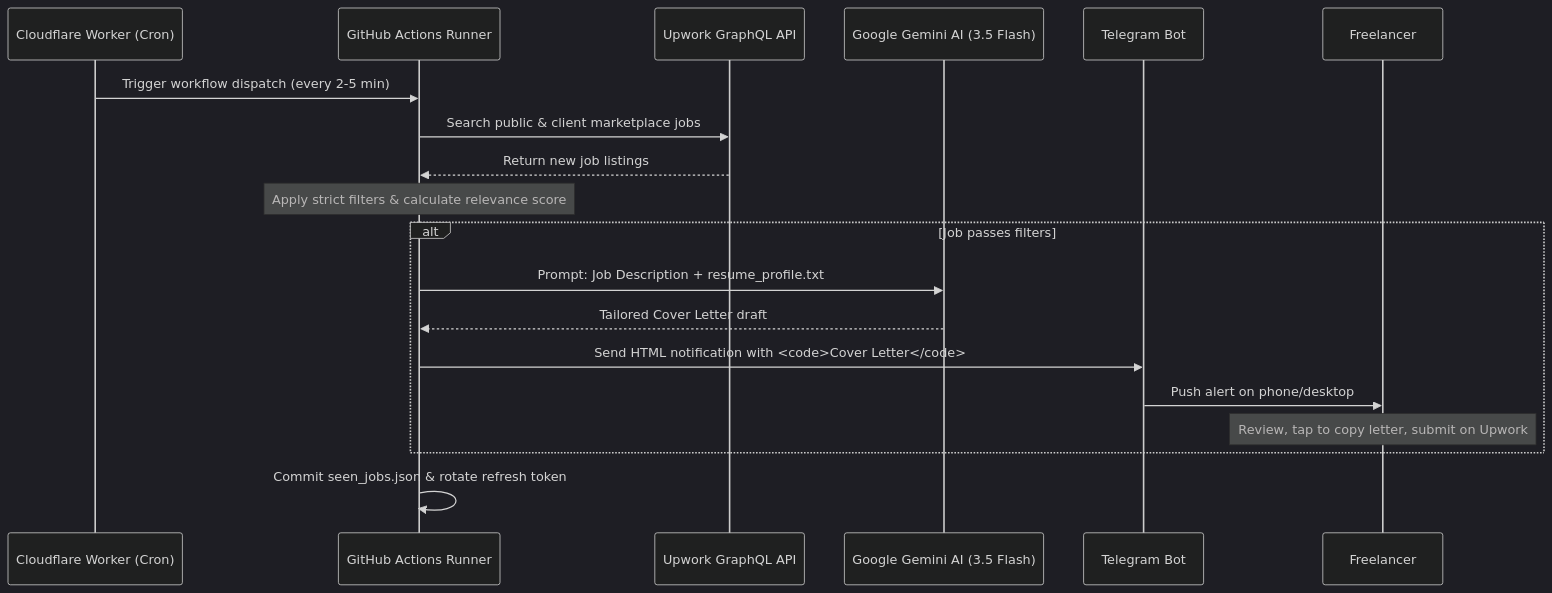
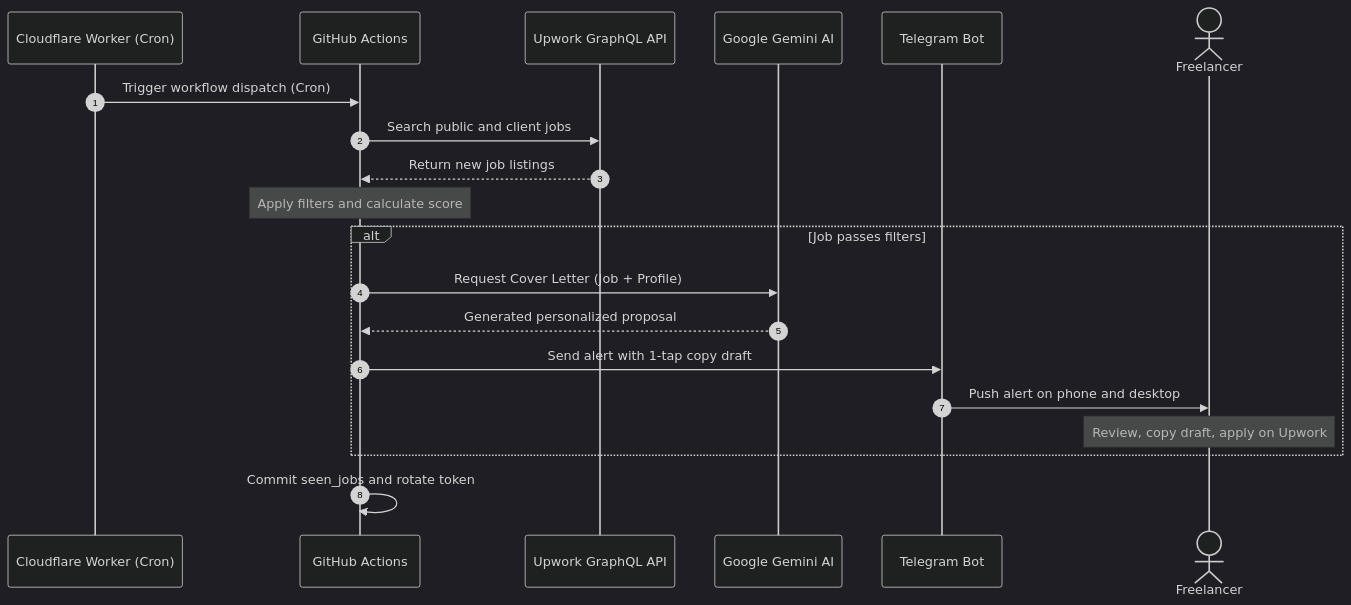
The diagram in README.md (VitaliyNosov/Telegram-Upwork-Bot), drawn with Mermaid (dark theme) before and after one commit.

Commit message:
fix(docs): fix Mermaid diagram syntax for GitHub rendering

````diff
--- a/README.md
+++ b/README.md
@@ -13,22 +13,23 @@
 ```mermaid
 sequenceDiagram
+    autonumber
     participant CF as Cloudflare Worker (Cron)
-    participant GHA as GitHub Actions Runner
+    participant GHA as GitHub Actions
     participant Upwork as Upwork GraphQL API
-    participant Gemini as Google Gemini AI (3.5 Flash)
+    participant Gemini as Google Gemini AI
     participant TG as Telegram Bot
-    participant User as Freelancer
+    actor User as Freelancer
 
-    CF->>GHA: Trigger workflow dispatch (every 2-5 min)
-    GHA->>Upwork: Search public & client marketplace jobs
+    CF->>GHA: Trigger workflow dispatch (Cron)
+    GHA->>Upwork: Search public and client jobs
     Upwork-->>GHA: Return new job listings
-    Note over GHA: Apply strict filters & calculate relevance score
+    Note over GHA: Apply filters and calculate score
     alt Job passes filters
-        GHA->>Gemini: Prompt: Job Description + resume_profile.txt
-        Gemini-->>GHA: Tailored Cover Letter draft
-        GHA->>TG: Send HTML notification with <code>Cover Letter</code>
-        TG->>User: Push alert on phone/desktop
-        Note over User: Review, tap to copy letter, submit on Upwork
+        GHA->>Gemini: Request Cover Letter (Job + Profile)
+        Gemini-->>GHA: Generated personalized proposal
+        GHA->>TG: Send alert with 1-tap copy draft
+        TG->>User: Push alert on phone and desktop
+        Note over User: Review, copy draft, apply on Upwork
     end
-    GHA->>GHA: Commit seen_jobs.json & rotate refresh token
+    GHA->>GHA: Commit seen_jobs and rotate token
 ```
````
